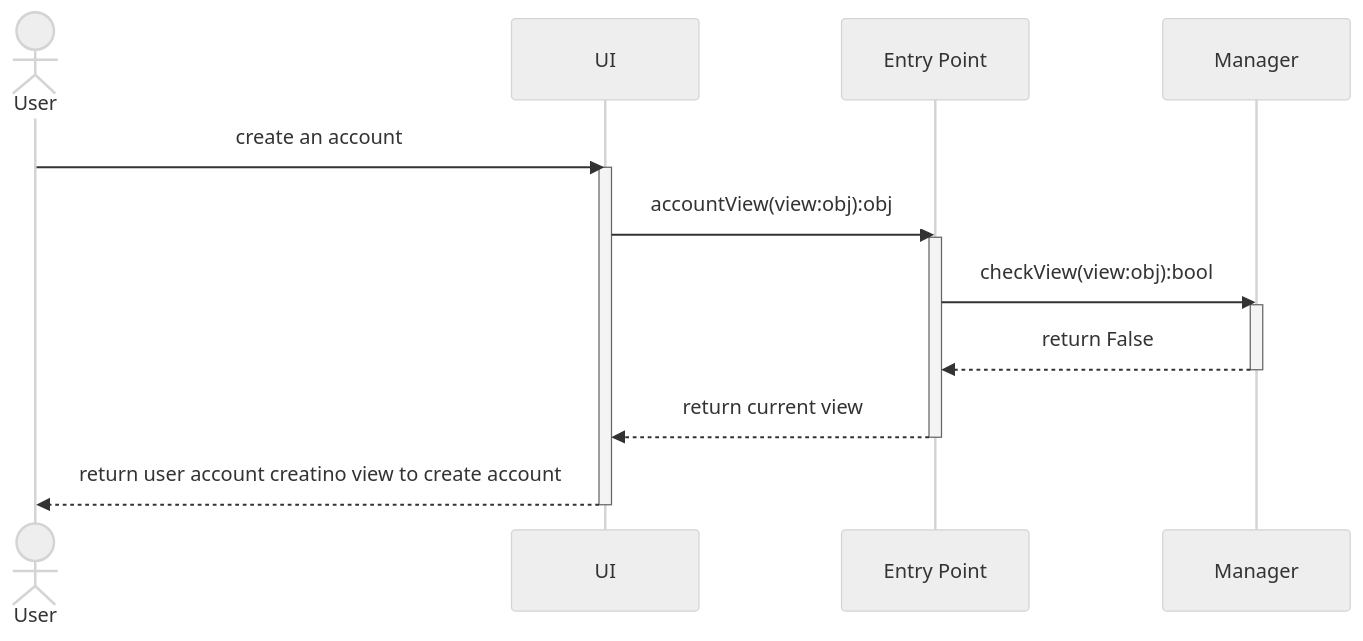
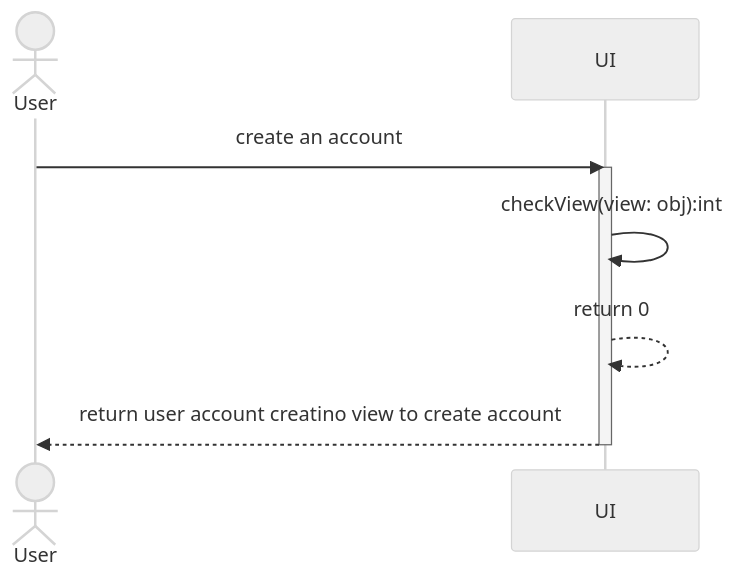
One commit to JosephArmas/cecs-491A-Team-Big-Data changed the diagram in milestone 2/low level design/registration/failures/v3/account/account_invalid_uiView.md. Above: the diagram before and after it, drawn with Mermaid (neutral theme). The commit also changed 8 other files, not shown here.

````diff
--- a/milestone 2/low level design/registration/failures/v3/account/account_invalid_uiView.md
+++ b/milestone 2/low level design/registration/failures/v3/account/account_invalid_uiView.md
@@ -2,16 +2,10 @@
 ```mermaid
 sequenceDiagram
     actor User
     User ->> UI: create an account
     activate UI
-    UI ->> Entry Point: accountView(view:obj):obj
-    activate Entry Point
-    Entry Point ->> Manager: checkView(view:obj):bool
-    activate Manager
-    Manager -->> Entry Point: return False
-    deactivate Manager
-    Entry Point -->> UI: return current view
-    deactivate Entry Point
+    UI ->> UI: checkView(view: obj):int
+    UI -->> UI: return 0
     UI -->> User: return user account creatino view to create account
     deactivate UI
 ```
````
